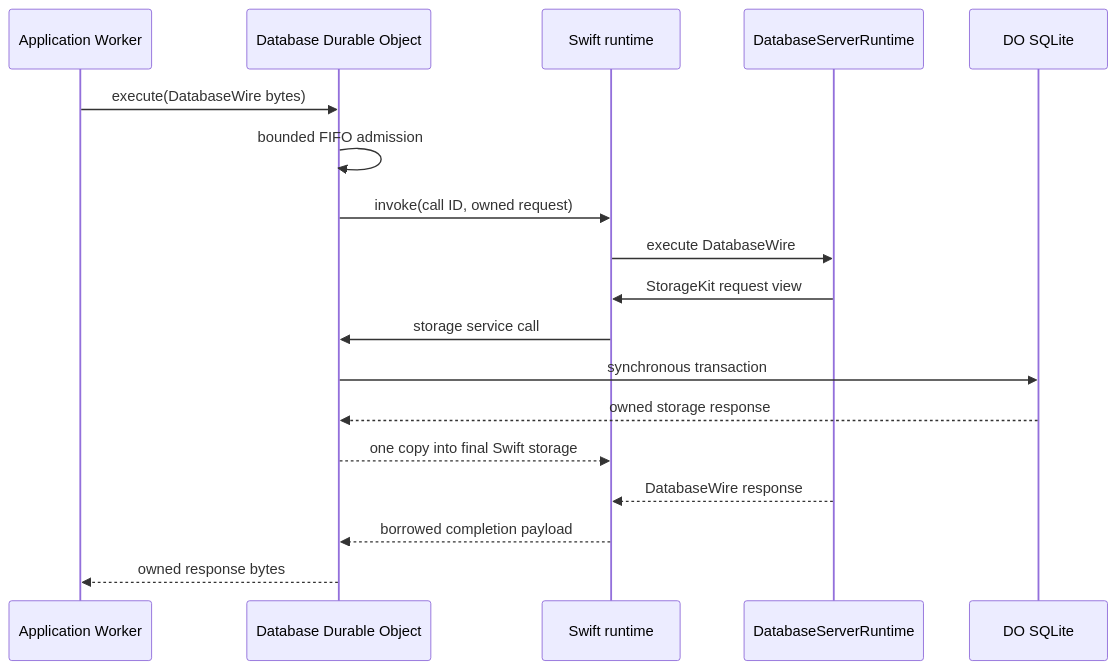
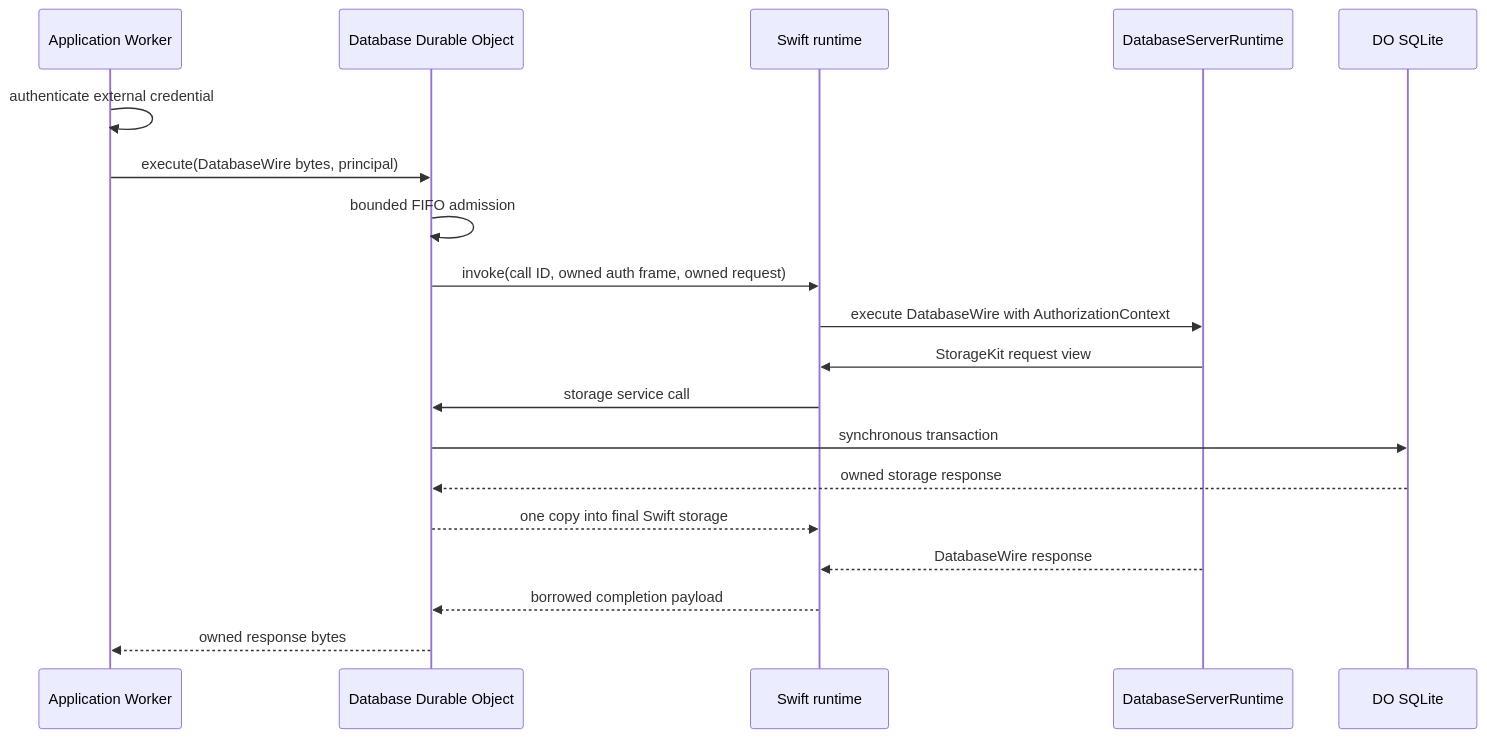
Before and after one commit to 1amageek/database-framework-cloudflare: the third of 3 diagrams in README.md, drawn with Mermaid. The commit also changed other lines of this file and 44 other files, not shown here.

````diff
--- a/README.md
+++ b/README.md
@@ -182,21 +196,22 @@
 ```mermaid
 sequenceDiagram
   participant App as Application Worker
   participant DO as Database Durable Object
   participant Runtime as Swift runtime
   participant Server as DatabaseServerRuntime
   participant SQLite as DO SQLite
 
-  App->>DO: execute(DatabaseWire bytes)
+  App->>App: authenticate external credential
+  App->>DO: execute(DatabaseWire bytes, principal)
   DO->>DO: bounded FIFO admission
-  DO->>Runtime: invoke(call ID, owned request)
-  Runtime->>Server: execute DatabaseWire
+  DO->>Runtime: invoke(call ID, owned auth frame, owned request)
+  Runtime->>Server: execute DatabaseWire with AuthorizationContext
   Server->>Runtime: StorageKit request view
   Runtime->>DO: storage service call
   DO->>SQLite: synchronous transaction
   SQLite-->>DO: owned storage response
   DO-->>Runtime: one copy into final Swift storage
   Server-->>Runtime: DatabaseWire response
   Runtime-->>DO: borrowed completion payload
   DO-->>App: owned response bytes
 ```
````
